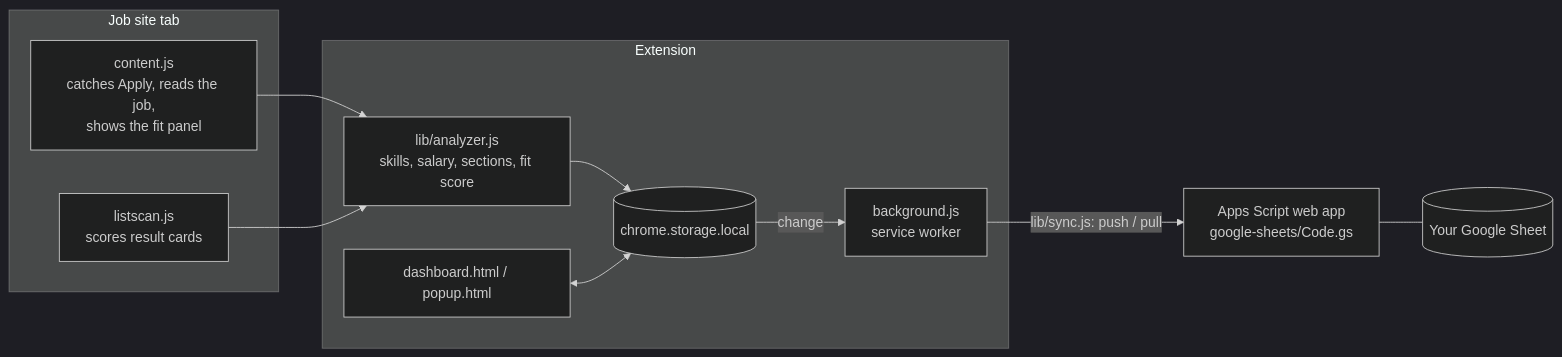
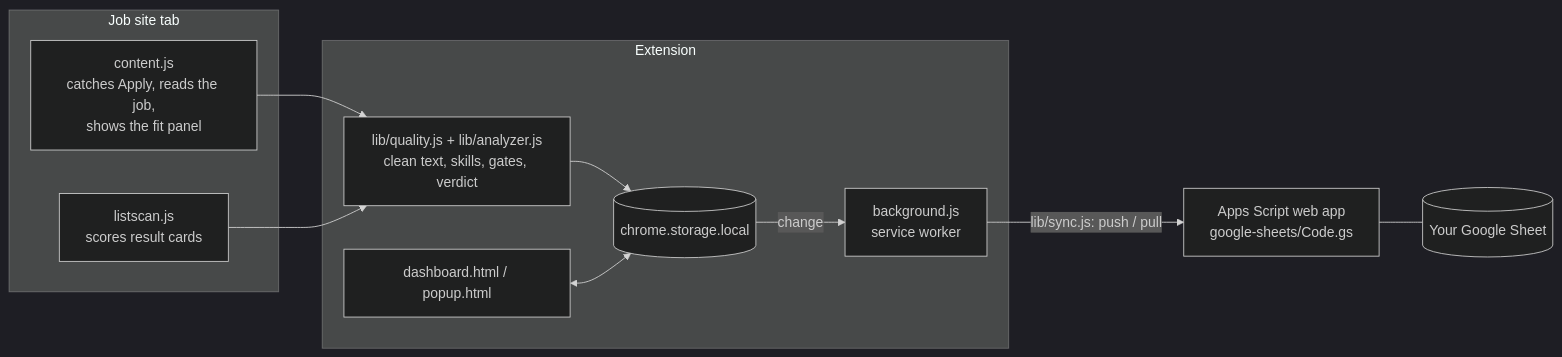
Before and after one commit to Ezzeto/job-tracker: the diagram in README.md, drawn with Mermaid (dark theme). The commit also changed other lines of this file and 19 other files, not shown here.

````diff
--- a/README.md
+++ b/README.md
@@ -29,20 +29,20 @@
 ```mermaid
 flowchart LR
   subgraph tab [Job site tab]
     CS[content.js<br/>catches Apply, reads the job,<br/>shows the fit panel]
     LS[listscan.js<br/>scores result cards]
   end
   subgraph ext [Extension]
-    AN[lib/analyzer.js<br/>skills, salary, sections, fit score]
+    AN[lib/quality.js + lib/analyzer.js<br/>clean text, skills, gates, verdict]
     ST[(chrome.storage.local)]
     SW[background.js<br/>service worker]
     DB[dashboard.html / popup.html]
   end
   GS[Apps Script web app<br/>google-sheets/Code.gs] --- SH[(Your Google Sheet)]
 
   CS --> AN --> ST
   LS --> AN
   DB <--> ST
   ST -- change --> SW
   SW -- "lib/sync.js: push / pull" --> GS
 ```
````
